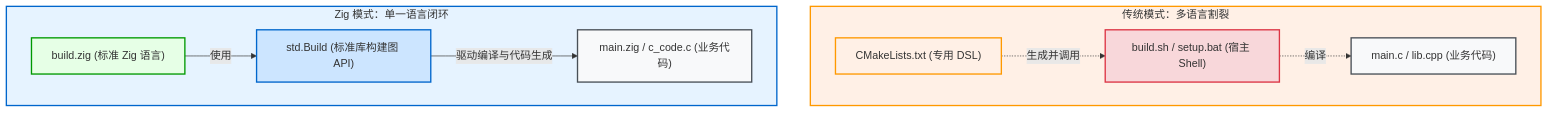
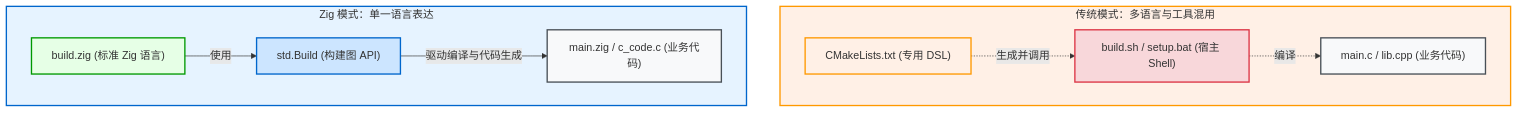
Before and after one commit to jiacai2050/zig-build: the first of 2 diagrams in src/part1/zig-build-philosophy.md, drawn with Mermaid. The commit also changed other lines of this file and 23 other files, not shown here.

````diff
--- a/src/part1/zig-build-philosophy.md
+++ b/src/part1/zig-build-philosophy.md
@@ -11,28 +11,28 @@
 ```mermaid
 graph TD
-    subgraph S_Trad ["传统模式：多语言割裂"]
+    subgraph S_Trad ["传统模式：多语言与工具混用"]
         T_DSL["CMakeLists.txt (专用 DSL)"]
         T_Shell["build.sh / setup.bat (宿主 Shell)"]
         T_Src["main.c / lib.cpp (业务代码)"]
         T_DSL -. "生成并调用" .-> T_Shell
         T_Shell -. "编译" .-> T_Src
     end
 
-    subgraph S_Zig ["Zig 模式：单一语言闭环"]
+    subgraph S_Zig ["Zig 模式：单一语言表达"]
         Z_Build["build.zig (标准 Zig 语言)"]
-        Z_API["std.Build (标准库构建图 API)"]
+        Z_API["std.Build (构建图 API)"]
         Z_Src["main.zig / c_code.c (业务代码)"]
         Z_Build -- "使用" --> Z_API
         Z_API -- "驱动编译与代码生成" --> Z_Src
     end
 
     classDef default fill:#f8f9fa,stroke:#495057;
     style S_Trad fill:#fff0e6,stroke:#ff9900,stroke-width:2px;
     style S_Zig fill:#e6f3ff,stroke:#0066cc,stroke-width:2px;
     style T_DSL fill:#fff0e6,stroke:#ff9900,stroke-width:2px;
     style T_Shell fill:#f8d7da,stroke:#dc3545,stroke-width:2px;
     style T_Src fill:#f8f9fa,stroke:#495057,stroke-width:2px;
     style Z_Build fill:#e6ffe6,stroke:#009900,stroke-width:2px;
     style Z_API fill:#cce5ff,stroke:#0066cc,stroke-width:2px;
     style Z_Src fill:#f8f9fa,stroke:#495057,stroke-width:2px;
 ```
````
